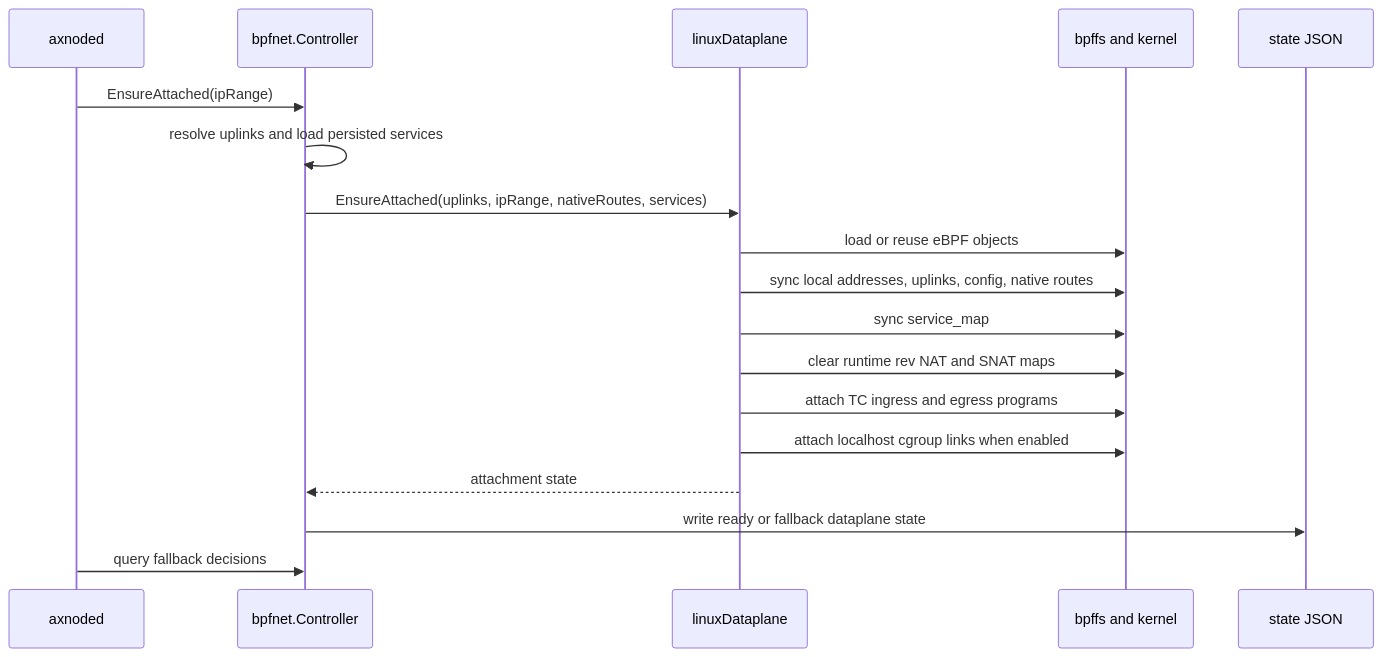
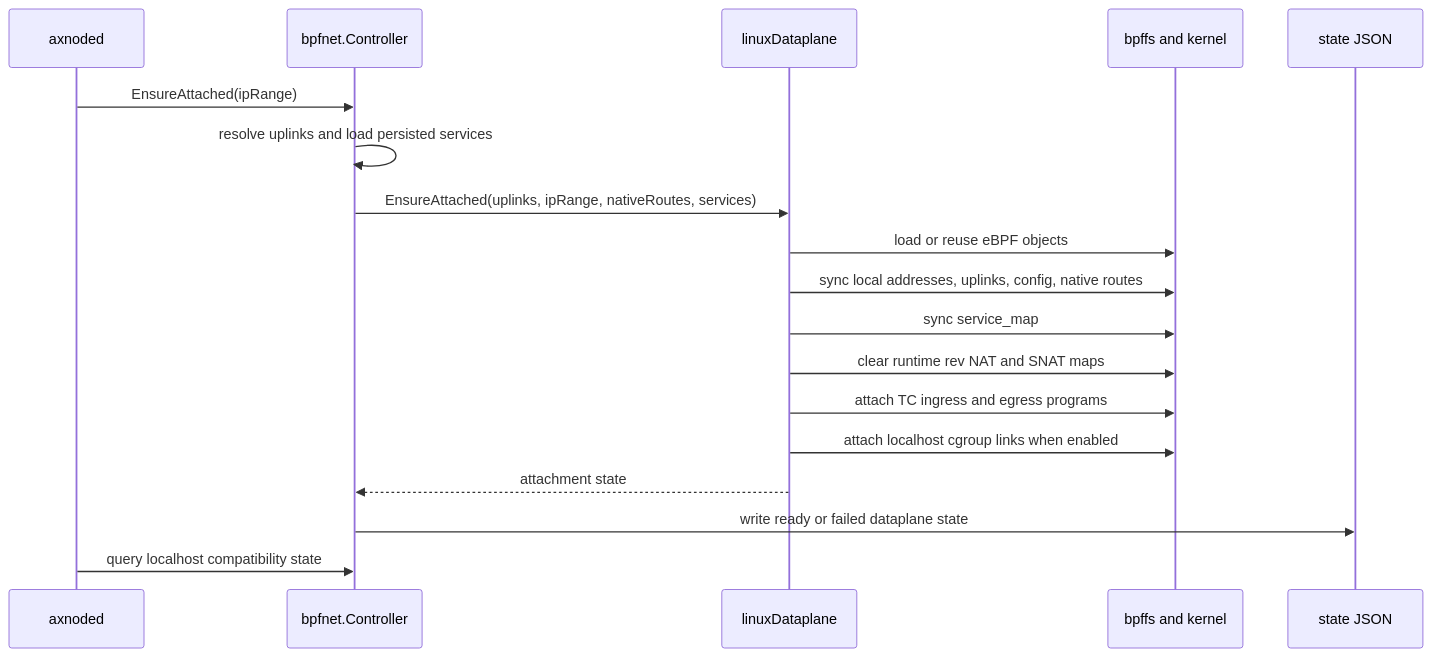
One commit to cofy-x/axern changed the second of 7 diagrams in network/bpfnet/docs/architecture.md. Above: the diagram before and after it, drawn with Mermaid. The commit also changed other lines of this file and 185 other files, not shown here.

````diff
--- a/network/bpfnet/docs/architecture.md
+++ b/network/bpfnet/docs/architecture.md
@@ -78,21 +78,21 @@
 ```mermaid
 sequenceDiagram
     participant AX as axnoded
     participant C as bpfnet.Controller
     participant D as linuxDataplane
     participant B as bpffs and kernel
     participant S as state JSON
 
     AX->>C: EnsureAttached(ipRange)
     C->>C: resolve uplinks and load persisted services
     C->>D: EnsureAttached(uplinks, ipRange, nativeRoutes, services)
     D->>B: load or reuse eBPF objects
     D->>B: sync local addresses, uplinks, config, native routes
     D->>B: sync service_map
     D->>B: clear runtime rev NAT and SNAT maps
     D->>B: attach TC ingress and egress programs
     D->>B: attach localhost cgroup links when enabled
     D-->>C: attachment state
-    C->>S: write ready or fallback dataplane state
-    AX->>C: query fallback decisions
+    C->>S: write ready or failed dataplane state
+    AX->>C: query localhost compatibility state
 ```
````
